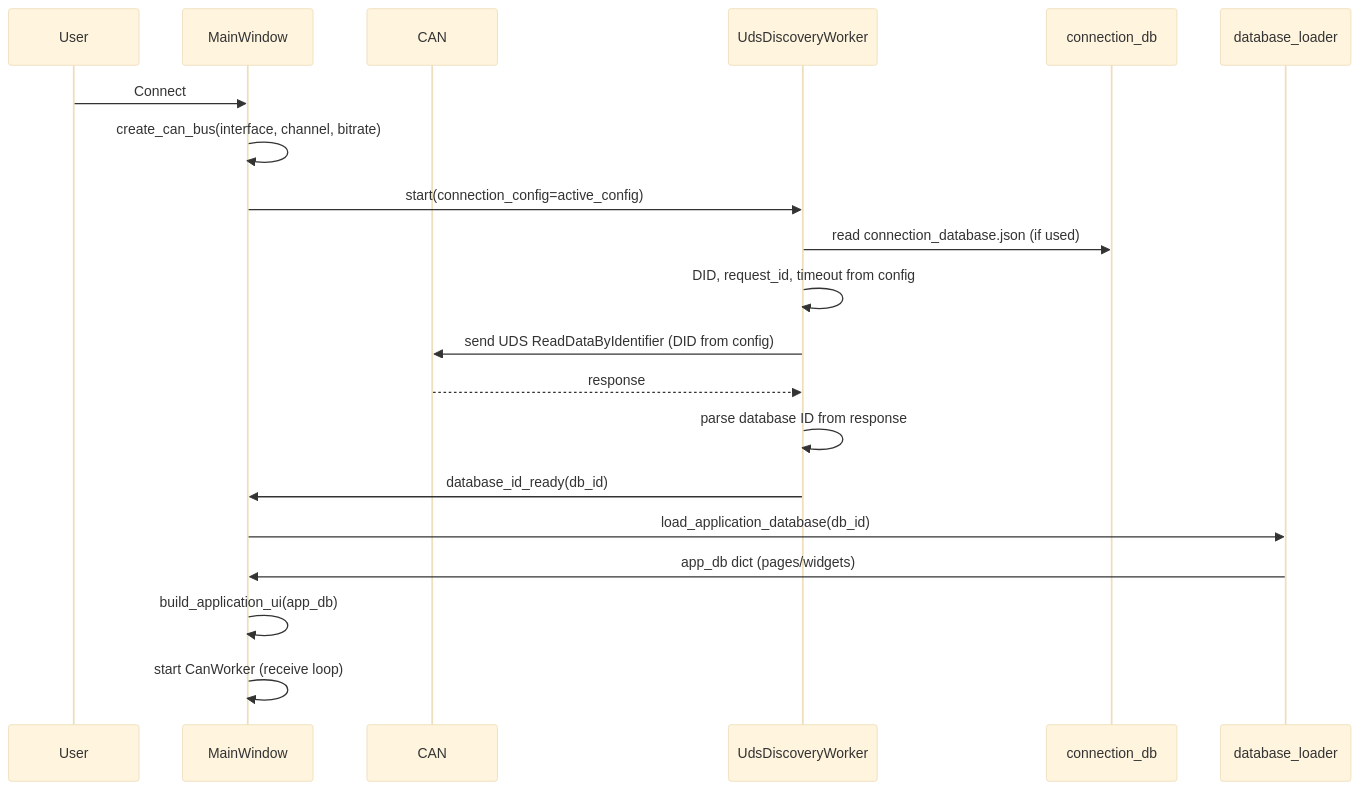
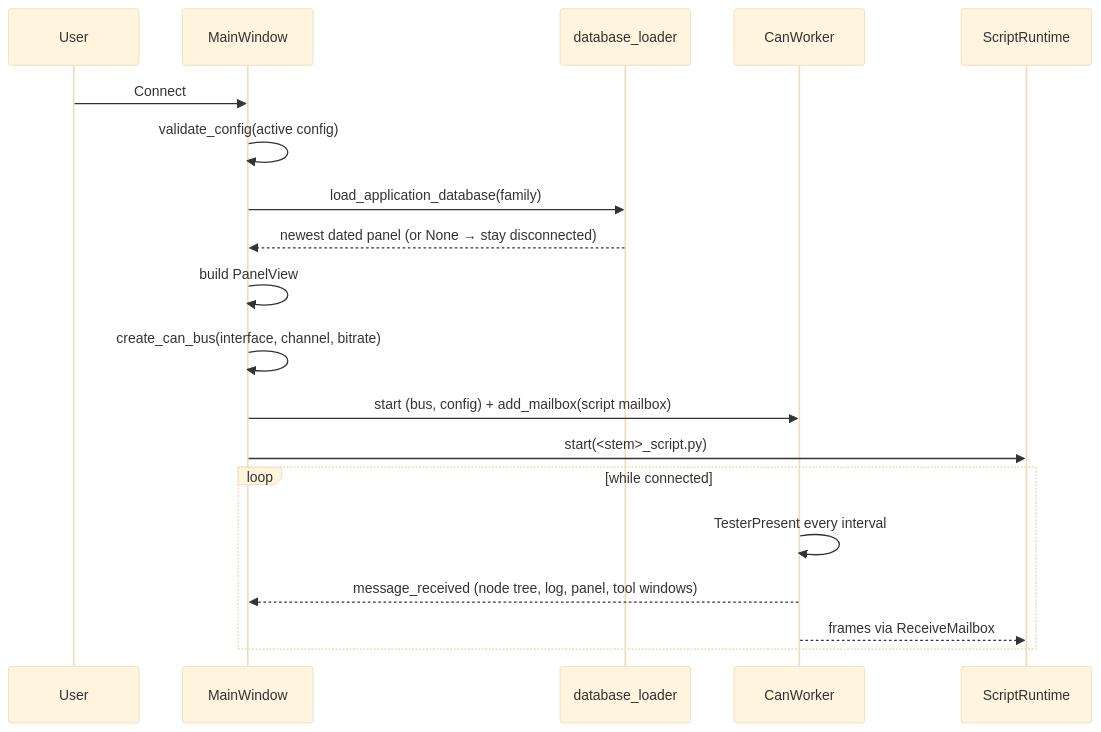
The second of 3 diagrams in DOCUMENTATION.md (HyperFluxQc/CanExpert), drawn with Mermaid (base theme) before and after one commit. The commit also changed other lines of this file and 22 other files, not shown here.

First line of the commit message:
Add ISO-TP UDS transport and remove legacy discovery

````diff
--- a/DOCUMENTATION.md
+++ b/DOCUMENTATION.md
@@ -214,23 +73,22 @@
 ```mermaid
 sequenceDiagram
     participant User
     participant MainWindow
-    participant CAN
-    participant UdsDiscoveryWorker
-    participant connection_db
-    participant database_loader
+    participant Loader as database_loader
+    participant Worker as CanWorker
+    participant Runtime as ScriptRuntime
 
     User->>MainWindow: Connect
+    MainWindow->>MainWindow: validate_config(active config)
+    MainWindow->>Loader: load_application_database(family)
+    Loader-->>MainWindow: newest dated panel (or None → stay disconnected)
+    MainWindow->>MainWindow: build PanelView
     MainWindow->>MainWindow: create_can_bus(interface, channel, bitrate)
-    MainWindow->>UdsDiscoveryWorker: start(connection_config=active_config)
-    UdsDiscoveryWorker->>connection_db: read connection_database.json (if used)
-    UdsDiscoveryWorker->>UdsDiscoveryWorker: DID, request_id, timeout from config
-    UdsDiscoveryWorker->>CAN: send UDS ReadDataByIdentifier (DID from config)
-    CAN-->>UdsDiscoveryWorker: response
-    UdsDiscoveryWorker->>UdsDiscoveryWorker: parse database ID from response
-    UdsDiscoveryWorker->>MainWindow: database_id_ready(db_id)
-    MainWindow->>database_loader: load_application_database(db_id)
-    database_loader->>MainWindow: app_db dict (pages/widgets)
-    MainWindow->>MainWindow: build_application_ui(app_db)
-    MainWindow->>MainWindow: start CanWorker (receive loop)
+    MainWindow->>Worker: start (bus, config) + add_mailbox(script mailbox)
+    MainWindow->>Runtime: start(<stem>_script.py)
+    loop while connected
+        Worker->>Worker: TesterPresent every interval
+        Worker-->>MainWindow: message_received (node tree, log, panel, tool windows)
+        Worker-->>Runtime: frames via ReceiveMailbox
+    end
 ```
````
